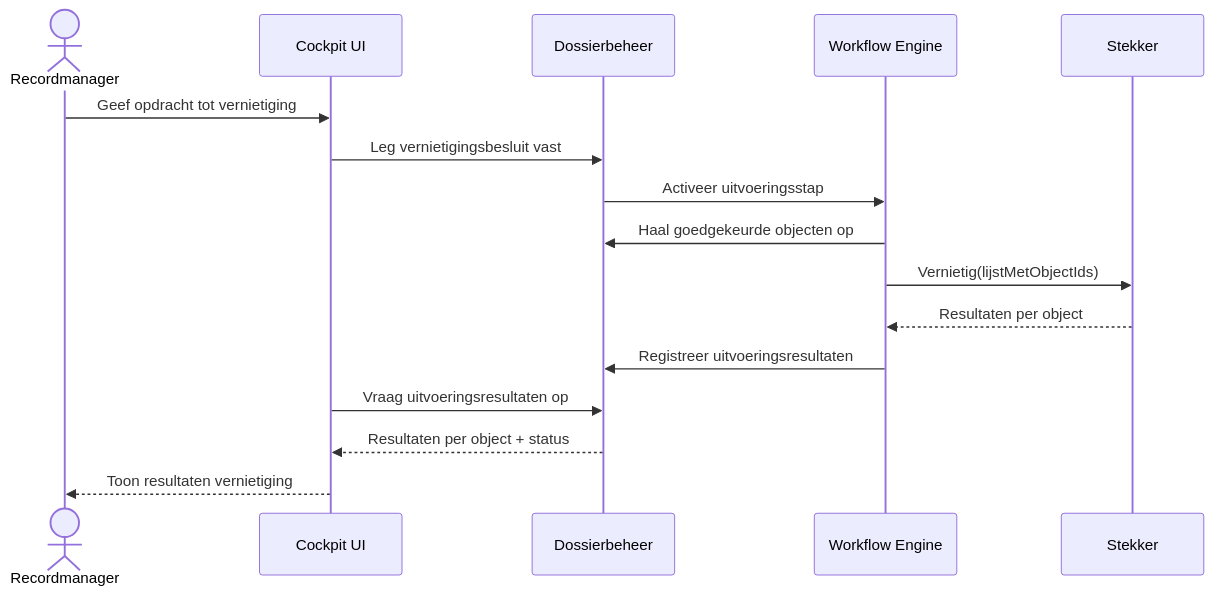
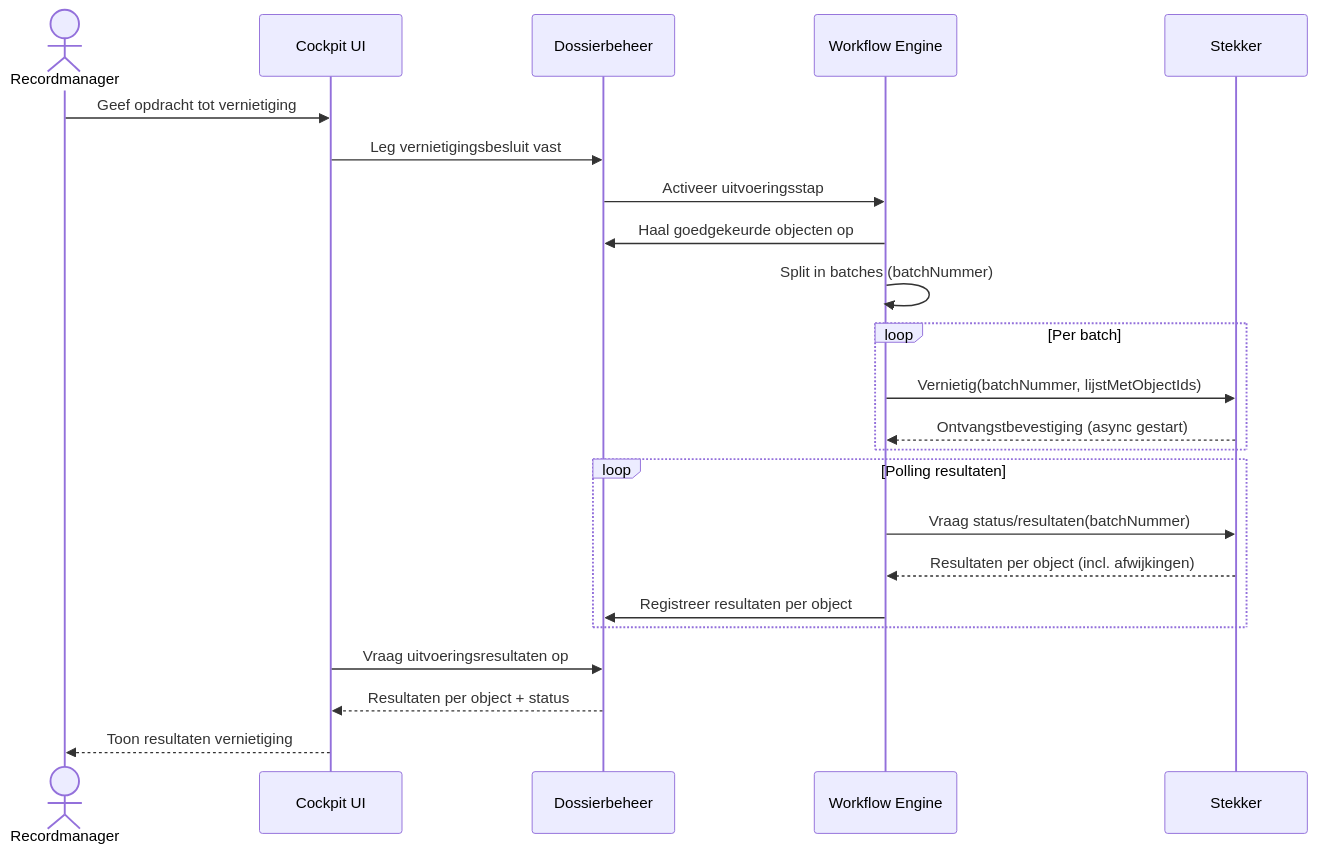
Before and after one commit to GemeenteArnhem/Vernietigingscockpit: the sixth of 11 diagrams in architectuur/sequence-diagrammen.md, drawn with Mermaid. The commit also changed other lines of this file and 14 other files, not shown here.

````diff
--- a/architectuur/sequence-diagrammen.md
+++ b/architectuur/sequence-diagrammen.md
@@ -154,22 +157,30 @@
 ```mermaid
 sequenceDiagram
     actor RM as Recordmanager
     participant UI as Cockpit UI
     participant D as Dossierbeheer
     participant WF as Workflow Engine
     participant Stekker
 
     RM ->> UI: Geef opdracht tot vernietiging
     UI ->> D: Leg vernietigingsbesluit vast
     D ->> WF: Activeer uitvoeringsstap
 
     WF ->> D: Haal goedgekeurde objecten op
-    WF ->> Stekker: Vernietig(lijstMetObjectIds)
+    WF ->> WF: Split in batches (batchNummer)
 
-    Stekker -->> WF: Resultaten per object
-    WF ->> D: Registreer uitvoeringsresultaten
+    loop Per batch
+        WF ->> Stekker: Vernietig(batchNummer, lijstMetObjectIds)
+        Stekker -->> WF: Ontvangstbevestiging (async gestart)
+    end
+
+    loop Polling resultaten
+        WF ->> Stekker: Vraag status/resultaten(batchNummer)
+        Stekker -->> WF: Resultaten per object (incl. afwijkingen)
+        WF ->> D: Registreer resultaten per object
+    end
 
     UI ->> D: Vraag uitvoeringsresultaten op
     D -->> UI: Resultaten per object + status
     UI -->> RM: Toon resultaten vernietiging
 ```
````
